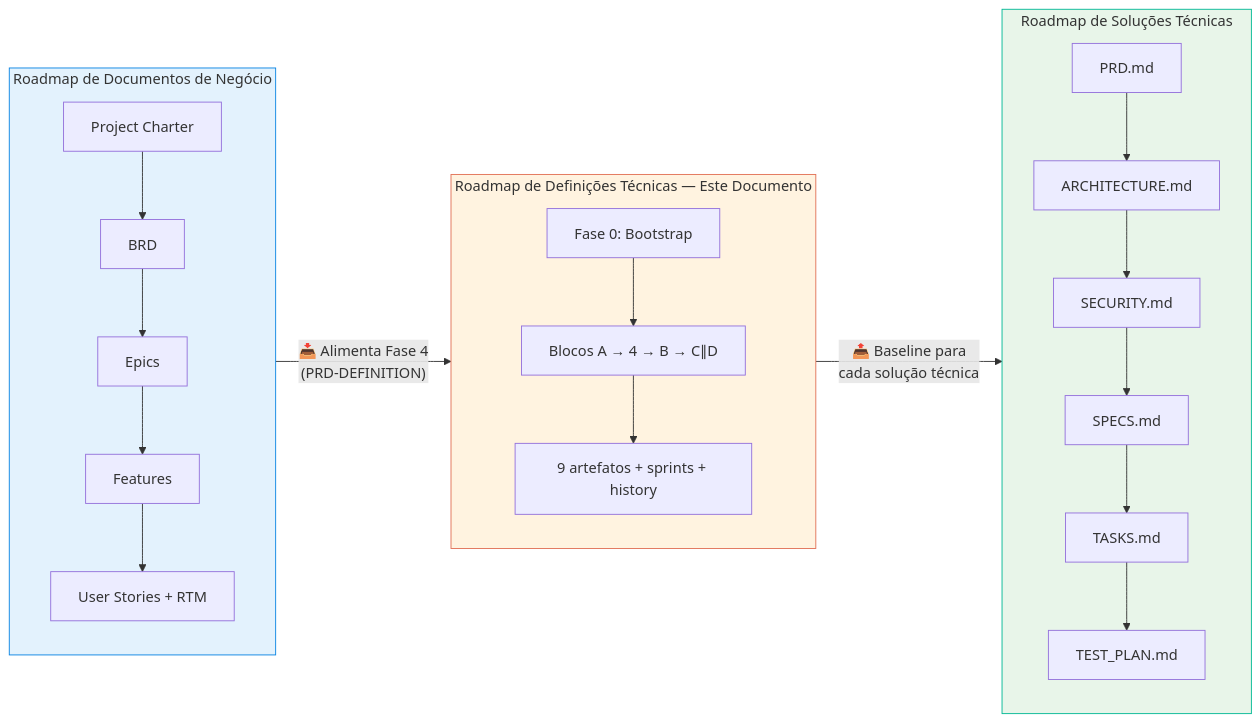
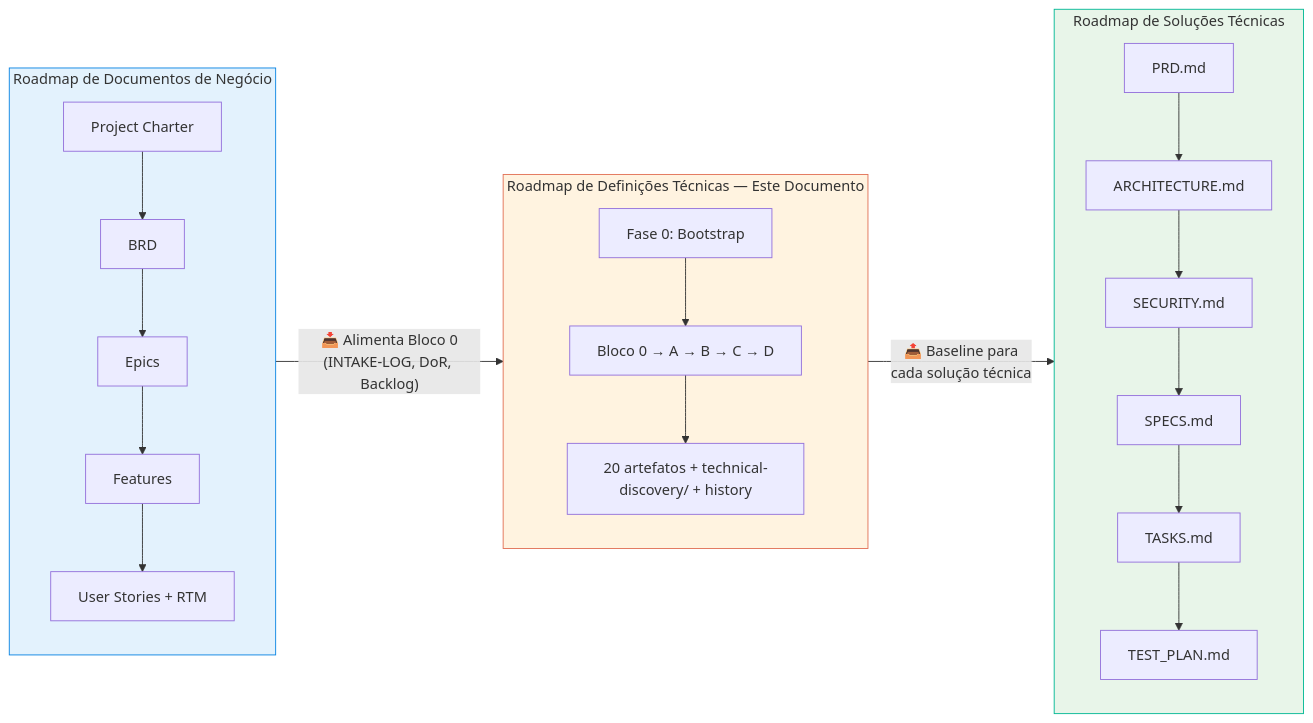
Before and after one commit to bolismar69/workspace-fbso: the ninth of 10 diagrams in .specs/prompts/project-technical-definitions/FLOWCHART-PROMPT-ROADMAP-GENERATE-PROJECT-TECHNICAL-DEFINITIONS.md, drawn with Mermaid. The commit also changed other lines of this file, not shown here.

First line of the commit message:
docs: flowchart tech-defs v4.0 → v5.0 — blocos sequenciais, 20 fases

````diff
--- a/.specs/prompts/project-technical-definitions/FLOWCHART-PROMPT-ROADMAP-GENERATE-PROJECT-TECHNICAL-DEFINITIONS.md
+++ b/.specs/prompts/project-technical-definitions/FLOWCHART-PROMPT-ROADMAP-GENERATE-PROJECT-TECHNICAL-DEFINITIONS.md
@@ -613,25 +869,25 @@
 ```mermaid
 flowchart LR
     subgraph NEGOCIO[Roadmap de Documentos de Negócio]
         direction TB
         N1[Project Charter] --> N2[BRD] --> N3[Epics] --> N4[Features] --> N5[User Stories + RTM]
     end
 
     subgraph DEFS[Roadmap de Definições Técnicas — Este Documento]
         direction TB
-        D0[Fase 0: Bootstrap] --> D_BLOCOS[Blocos A → 4 → B → C∥D]
-        D_BLOCOS --> D_OUT[9 artefatos + sprints + history]
+        D0[Fase 0: Bootstrap] --> D_BLOCOS[Bloco 0 → A → B → C → D]
+        D_BLOCOS --> D_OUT[20 artefatos + technical-discovery/ + history]
     end
 
     subgraph TEC[Roadmap de Soluções Técnicas]
         direction TB
         T1[PRD.md] --> T2[ARCHITECTURE.md] --> T3[SECURITY.md] --> T4[SPECS.md] --> T5[TASKS.md] --> T6[TEST_PLAN.md]
     end
 
-    N5 -->|"📥 Alimenta Fase 4<br/>(PRD-DEFINITION)"| DEFS
+    N5 -->|"📥 Alimenta Bloco 0<br/>(INTAKE-LOG, DoR, Backlog)"| DEFS
     D_OUT -->|"📤 Baseline para<br/>cada solução técnica"| T1
 
     style NEGOCIO fill:#e3f2fd,stroke:#0984e3
     style DEFS fill:#fff3e0,stroke:#e17055
     style TEC fill:#e8f5e9,stroke:#00b894
 ```
````
